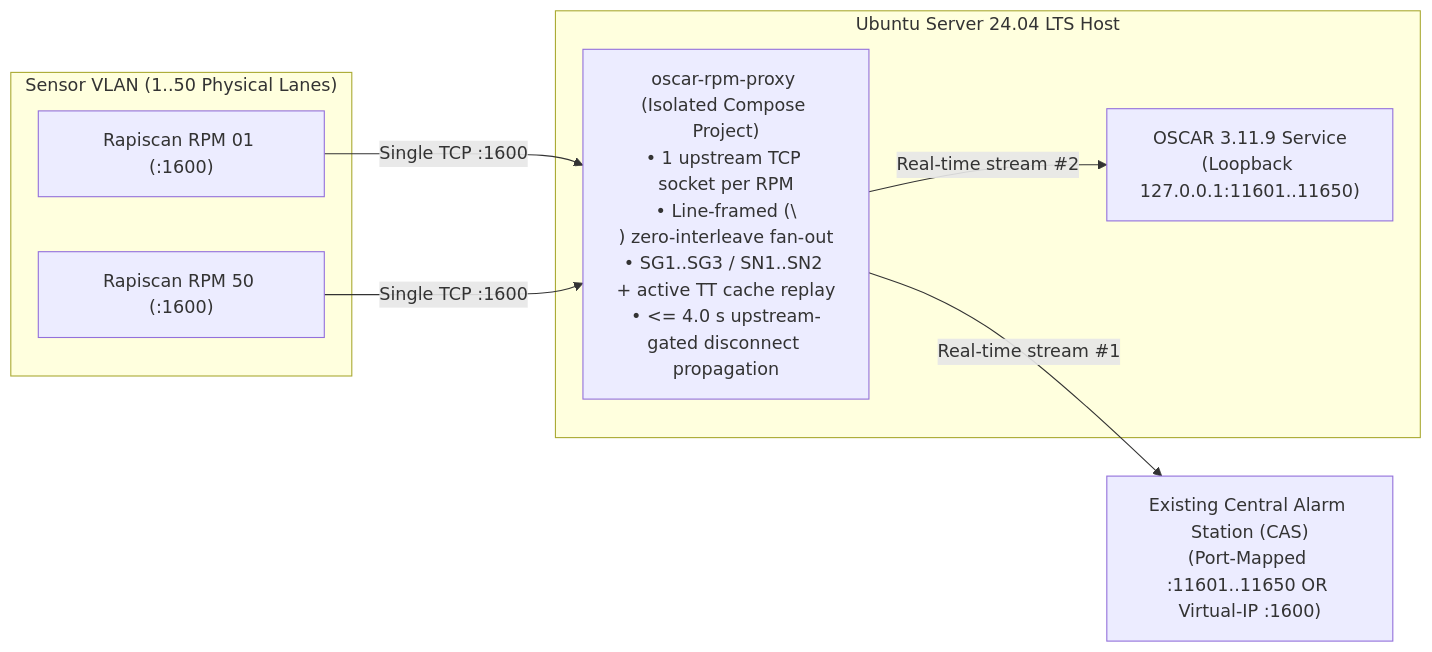
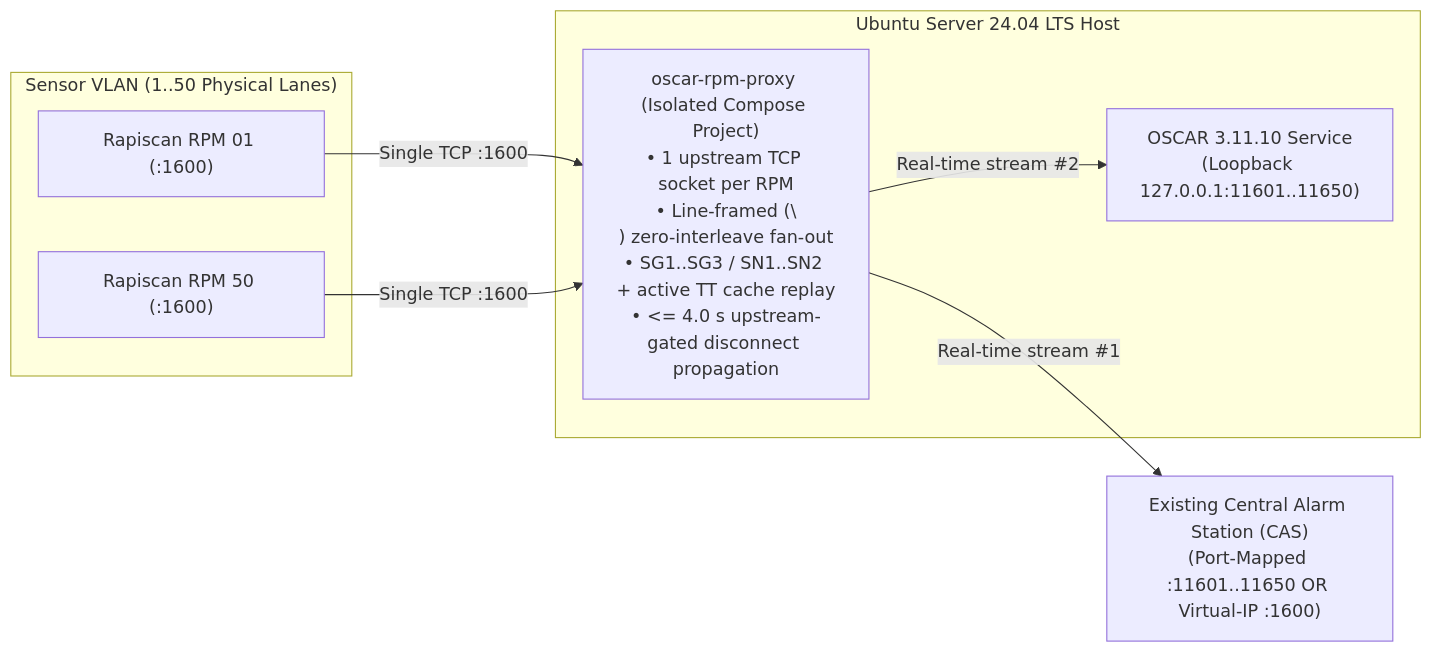
Before and after one commit to ORNL/oscar: the diagram in docs/RPM_EDGE_PROXY_GUIDE.md, drawn with Mermaid. The commit also changed other lines of this file and 28 other files, not shown here.

````diff
--- a/docs/RPM_EDGE_PROXY_GUIDE.md
+++ b/docs/RPM_EDGE_PROXY_GUIDE.md
@@ -13,19 +13,19 @@
 ```mermaid
 flowchart LR
     subgraph SensorVLAN["Sensor VLAN (1..50 Physical Lanes)"]
         RPM1["Rapiscan RPM 01 (:1600)"]
         RPM50["Rapiscan RPM 50 (:1600)"]
     end
 
     subgraph OscarHost["Ubuntu Server 24.04 LTS Host"]
         Proxy["oscar-rpm-proxy (Isolated Compose Project)\n• 1 upstream TCP socket per RPM\n• Line-framed (\\n) zero-interleave fan-out\n• SG1..SG3 / SN1..SN2 + active TT cache replay\n• <= 4.0 s upstream-gated disconnect propagation"]
-        OSCAR["OSCAR 3.11.9 Service\n(Loopback 127.0.0.1:11601..11650)"]
+        OSCAR["OSCAR 3.11.10 Service\n(Loopback 127.0.0.1:11601..11650)"]
     end
 
     CAS["Existing Central Alarm Station (CAS)\n(Port-Mapped :11601..11650 OR Virtual-IP :1600)"]
 
     RPM1 -->|"Single TCP :1600"| Proxy
     RPM50 -->|"Single TCP :1600"| Proxy
     Proxy -->|"Real-time stream #1"| CAS
     Proxy -->|"Real-time stream #2"| OSCAR
 ```
````
